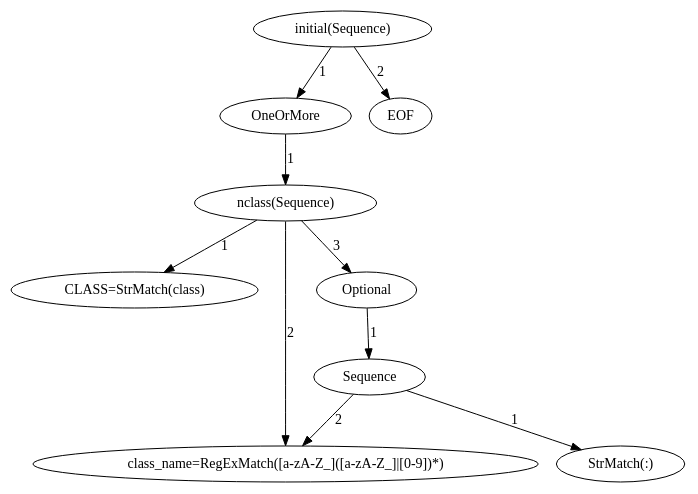
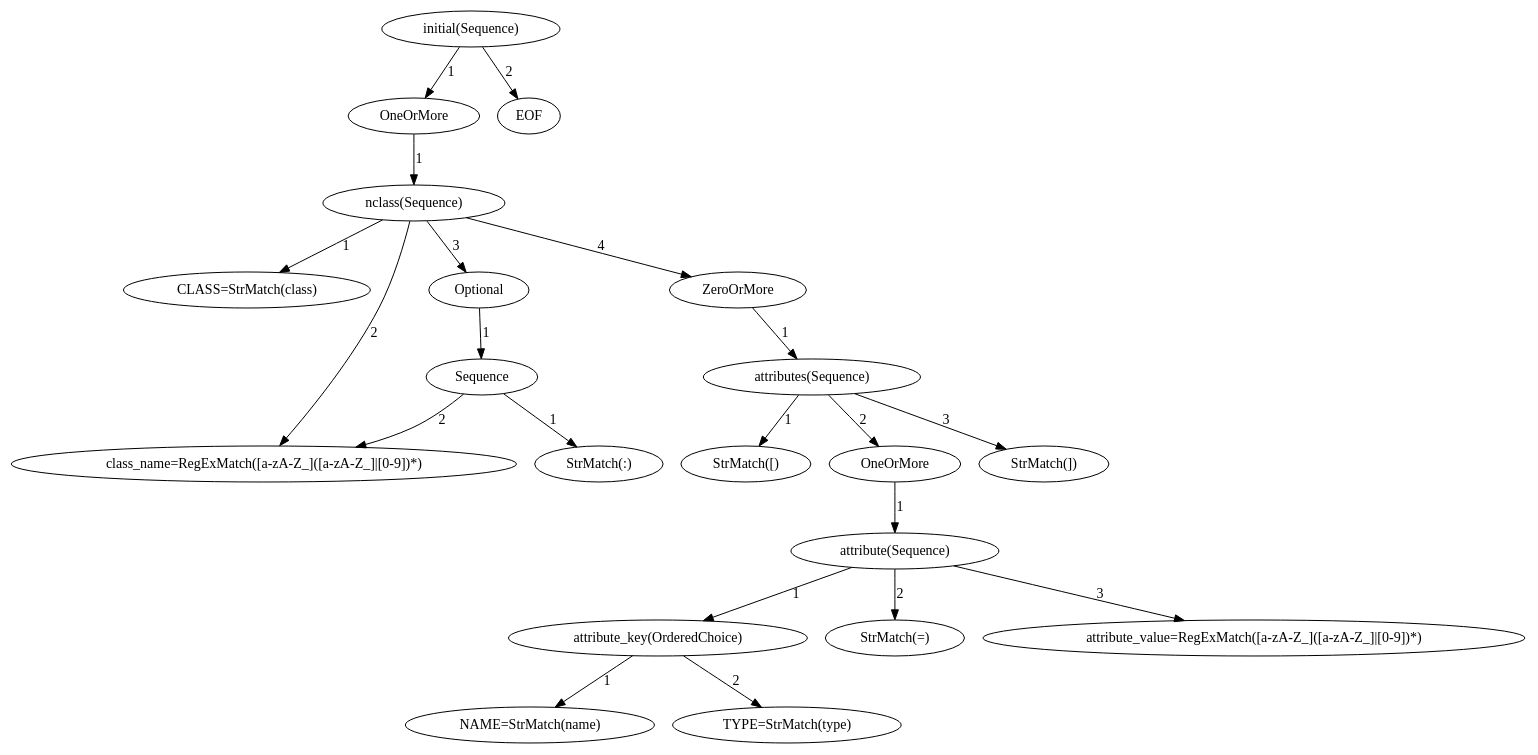
One commit to dusanmaric90/WebApp changed the diagram in initial_parser_model.dot. Above: the diagram before and after it, drawn with Graphviz. The commit also changed 6 other files, not shown here.

```diff
--- a/initial_parser_model.dot
+++ b/initial_parser_model.dot
@@ -1,29 +1,62 @@
 digraph arpeggio_graph {
-34713360 [label="initial(Sequence)"];
-34713360->34713328 [label="1"]
+34570896 [label="initial(Sequence)"];
+34570896->34570864 [label="1"]
 
-34713328 [label="OneOrMore"];
-34713328->34713488 [label="1"]
+34570864 [label="OneOrMore"];
+34570864->34571056 [label="1"]
 
-34713488 [label="nclass(Sequence)"];
-34713488->34713584 [label="1"]
+34571056 [label="nclass(Sequence)"];
+34571056->34571152 [label="1"]
 
-34713584 [label="CLASS=StrMatch(class)"];
-34713488->34758800 [label="2"]
+34571152 [label="CLASS=StrMatch(class)"];
+34571056->34571280 [label="2"]
 
-34758800 [label="class_name=RegExMatch([a-zA-Z_]([a-zA-Z_]|[0-9])*)"];
-34713488->34713456 [label="3"]
+34571280 [label="class_name=RegExMatch([a-zA-Z_]([a-zA-Z_]|[0-9])*)"];
+34571056->34570992 [label="3"]
 
-34713456 [label="Optional"];
-34713456->34760592 [label="1"]
+34570992 [label="Optional"];
+34570992->34573072 [label="1"]
 
-34760592 [label="Sequence"];
-34760592->34760560 [label="1"]
+34573072 [label="Sequence"];
+34573072->34573040 [label="1"]
 
-34760560 [label="StrMatch(:)"];
-34760592->34758800 [label="2"]
+34573040 [label="StrMatch(:)"];
+34573072->34571280 [label="2"]
 
-34713360->34713520 [label="2"]
+34571056->34571024 [label="4"]
 
-34713520 [label="EOF"];
+34571024 [label="ZeroOrMore"];
+34571024->34573104 [label="1"]
+
+34573104 [label="attributes(Sequence)"];
+34573104->34573232 [label="1"]
+
+34573232 [label="StrMatch([)"];
+34573104->34573136 [label="2"]
+
+34573136 [label="OneOrMore"];
+34573136->34573328 [label="1"]
+
+34573328 [label="attribute(Sequence)"];
+34573328->34573456 [label="1"]
+
+34573456 [label="attribute_key(OrderedChoice)"];
+34573456->34573520 [label="1"]
+
+34573520 [label="NAME=StrMatch(name)"];
+34573456->34573168 [label="2"]
+
+34573168 [label="TYPE=StrMatch(type)"];
+34573328->34573392 [label="2"]
+
+34573392 [label="StrMatch(=)"];
+34573328->34573424 [label="3"]
+
+34573424 [label="attribute_value=RegExMatch([a-zA-Z_]([a-zA-Z_]|[0-9])*)"];
+34573104->34573296 [label="3"]
+
+34573296 [label="StrMatch(])"];
+34570896->34573648 [label="2"]
+
+34573648 [label="EOF"];
 }
```
